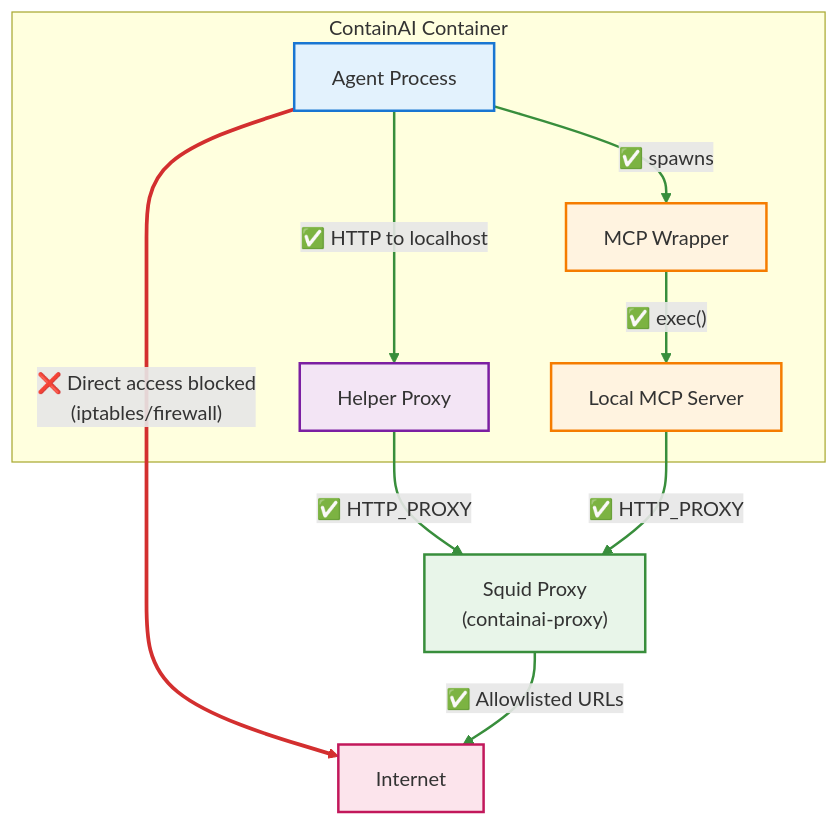
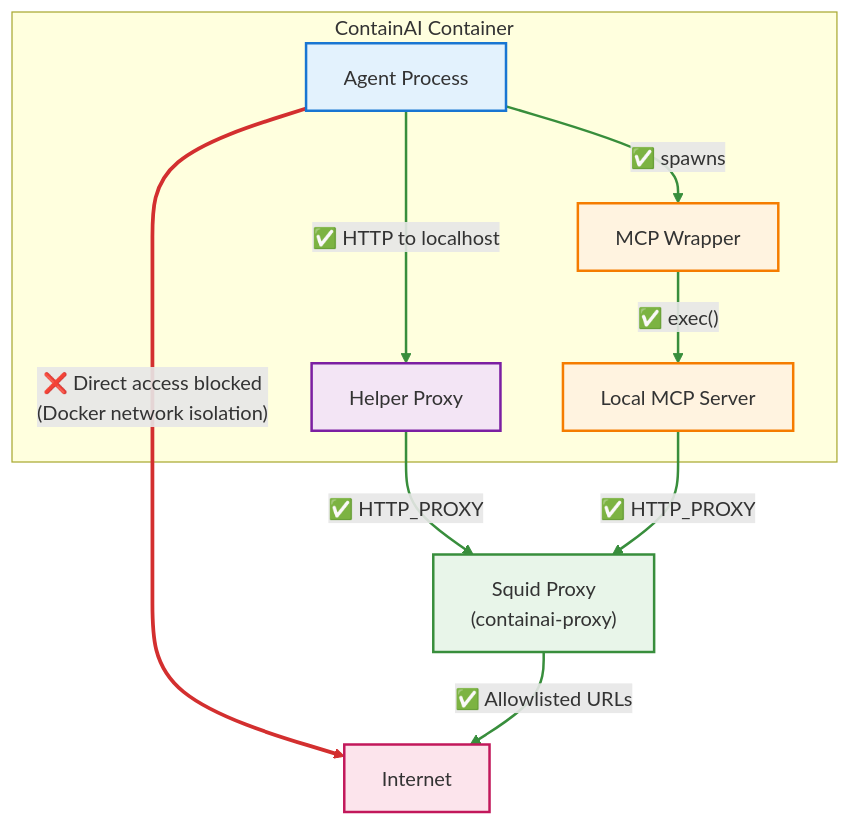
The third of 10 diagrams in docs/development/mcp-proxy-architecture.md (novotnyllc/ContainAI), drawn with Mermaid before and after one commit. The commit also changed other lines of this file and 2 other files, not shown here.

First line of the commit message:
fix: remove iptables dependency from MCP helper test

````diff
--- a/docs/development/mcp-proxy-architecture.md
+++ b/docs/development/mcp-proxy-architecture.md
@@ -131,35 +131,35 @@
 ```mermaid
 flowchart TB
     subgraph container["ContainAI Container"]
         agent["Agent Process"]
         helper["Helper Proxy"]
         wrapper["MCP Wrapper"]
         local_mcp["Local MCP Server"]
     end
     
     squid["Squid Proxy<br/>(containai-proxy)"]
     internet["Internet"]
     
-    agent -->|"❌ Direct access blocked<br/>(iptables/firewall)"| internet
+    agent -->|"❌ Direct access blocked<br/>(Docker network isolation)"| internet
     agent -->|"✅ HTTP to localhost"| helper
     agent -->|"✅ spawns"| wrapper
     wrapper -->|"✅ exec()"| local_mcp
     helper -->|"✅ HTTP_PROXY"| squid
     local_mcp -->|"✅ HTTP_PROXY"| squid
     squid -->|"✅ Allowlisted URLs"| internet
     
     style agent fill:#e3f2fd,stroke:#1976d2,stroke-width:2px
     style helper fill:#f3e5f5,stroke:#7b1fa2,stroke-width:2px
     style wrapper fill:#fff3e0,stroke:#f57c00,stroke-width:2px
     style local_mcp fill:#fff3e0,stroke:#f57c00,stroke-width:2px
     style squid fill:#e8f5e9,stroke:#388e3c,stroke-width:2px
     style internet fill:#fce4ec,stroke:#c2185b,stroke-width:2px
     
     linkStyle 0 stroke:#d32f2f,stroke-width:3px
     linkStyle 1 stroke:#388e3c,stroke-width:2px
     linkStyle 2 stroke:#388e3c,stroke-width:2px
     linkStyle 3 stroke:#388e3c,stroke-width:2px
     linkStyle 4 stroke:#388e3c,stroke-width:2px
     linkStyle 5 stroke:#388e3c,stroke-width:2px
     linkStyle 6 stroke:#388e3c,stroke-width:2px
 ```
````
